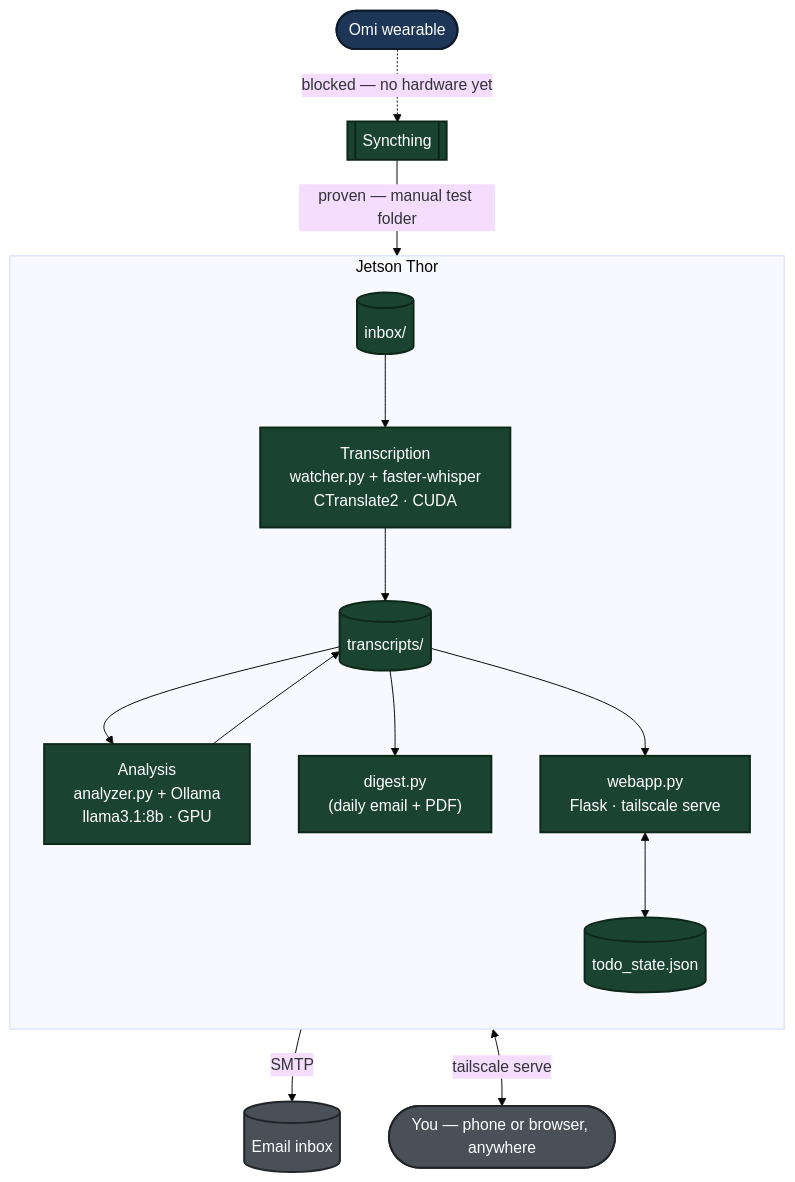
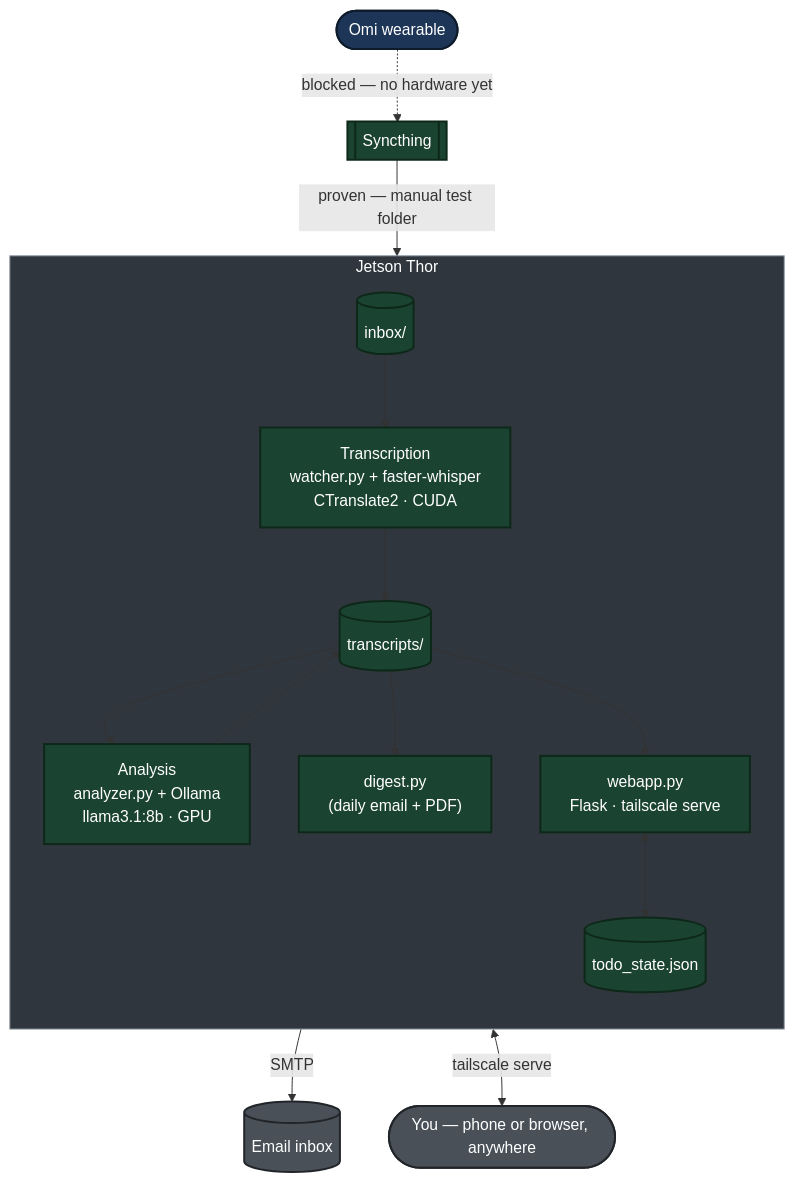
The diagram in README.md (sneakysquid-git/locus-tether), drawn with Mermaid before and after one commit.

Commit message:
Fix mermaid diagram: SMTP/tailscale-serve label overlap, explicit subgraph background

````diff
--- a/README.md
+++ b/README.md
@@ -123,41 +123,42 @@
 ```mermaid
-%%{init: {'theme': 'base', 'themeVariables': { 'background': '#f6f8fa' }}}%%
 flowchart TB
     Omi(["Omi wearable"])
     Sync[["Syncthing"]]
 
     subgraph Thor["Jetson Thor"]
         direction TB
         Inbox[("inbox/")]
         Transcribe["Transcription<br/>watcher.py + faster-whisper<br/>CTranslate2 · CUDA"]
         Transcripts[("transcripts/")]
         Analysis["Analysis<br/>analyzer.py + Ollama<br/>llama3.1:8b · GPU"]
         Digest["digest.py<br/>(daily email + PDF)"]
         Webapp["webapp.py<br/>Flask · tailscale serve"]
         TodoState[("todo_state.json")]
 
         Inbox --> Transcribe
         Transcribe --> Transcripts
         Transcripts --> Analysis
         Analysis --> Transcripts
         Transcripts --> Digest
         Transcripts --> Webapp
         Webapp <--> TodoState
     end
 
     EmailInbox[("Email inbox")]
     You(["You — phone or browser, anywhere"])
 
     Omi -.->|"blocked — no hardware yet"| Sync
     Sync -->|"proven — manual test folder"| Inbox
-    Thor -->|SMTP| EmailInbox
-    Thor <-->|"tailscale serve"| You
+    Digest -->|SMTP| EmailInbox
+    Webapp <-->|"tailscale serve"| You
 
     classDef done fill:#1b4332,stroke:#0d2818,color:#ffffff,stroke-width:2px
     classDef planned fill:#1d3557,stroke:#0d1b2a,color:#ffffff,stroke-width:2px
     classDef extern fill:#495057,stroke:#212529,color:#ffffff,stroke-width:2px
 
     class Omi planned
     class Sync,Inbox,Transcribe,Transcripts,Analysis,Digest,Webapp,TodoState done
     class You,EmailInbox extern
+
+    style Thor fill:#30363d,stroke:#8b949e,color:#ffffff,stroke-width:1px
 ```
````
